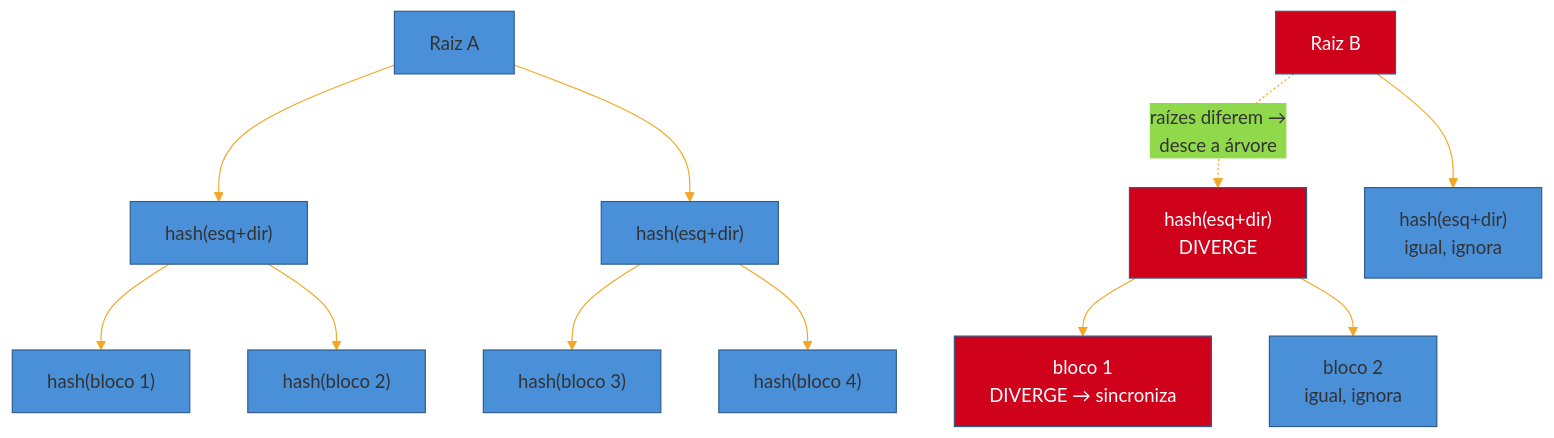
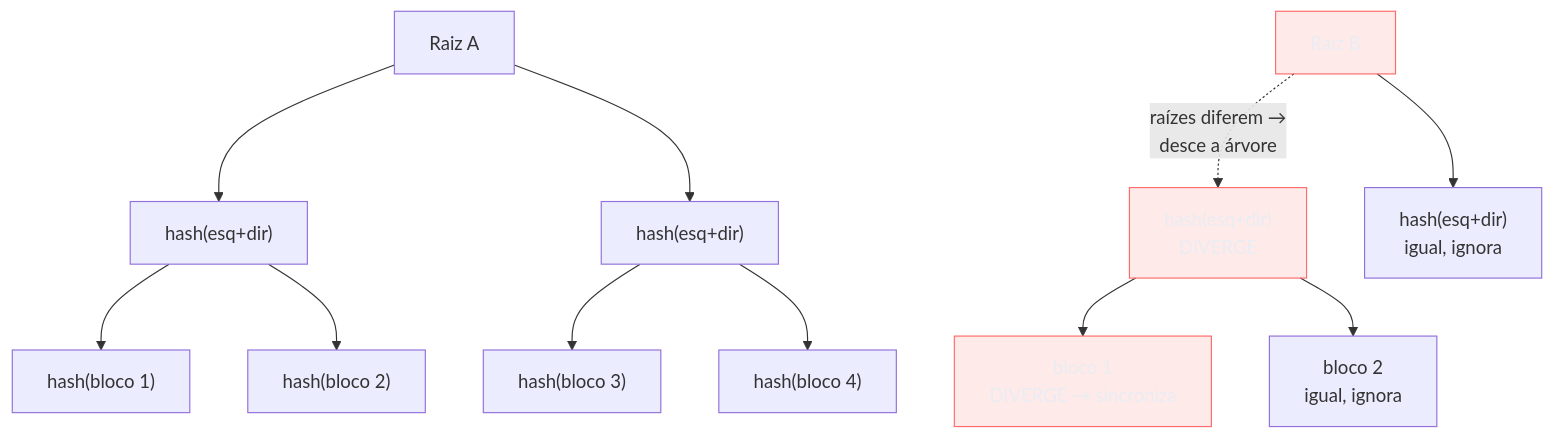
One commit to josenaldo/codex-technomanticus changed the seventh of 7 diagrams in 03-Dominios/Engenharia/Arquitetura/System Design/4 - Walkthroughs/08 - Distributed Key-Value Store.md. Above: the diagram before and after it, drawn with Mermaid. The commit also changed other lines of this file and 1181 other files, not shown here.

First line of the commit message:
fix(diagramas): paleta do sistema no lugar de cor cravada no markdown

````diff
--- a/03-Dominios/Engenharia/Arquitetura/System Design/4 - Walkthroughs/08 - Distributed Key-Value Store.md
+++ b/03-Dominios/Engenharia/Arquitetura/System Design/4 - Walkthroughs/08 - Distributed Key-Value Store.md
@@ -281,19 +281,19 @@
 ```mermaid
-%%{init: {"theme": "base", "themeVariables": {"primaryColor": "#4A90D9", "primaryBorderColor": "#2E5C8A", "lineColor": "#F5A623"}}}%%
 graph TD
+    classDef falha fill:#FF6B6B24,stroke:#FF6B6B,color:#E9ECF2
     R1["Raiz A"] --> P1["hash(esq+dir)"]
     R1 --> P2["hash(esq+dir)"]
     P1 --> L1["hash(bloco 1)"]
     P1 --> L2["hash(bloco 2)"]
     P2 --> L3["hash(bloco 3)"]
     P2 --> L4["hash(bloco 4)"]
 
     R2["Raiz B"] -.->|"raízes diferem →<br/>desce a árvore"| P1B["hash(esq+dir)<br/>DIVERGE"]
     R2 --> P2B["hash(esq+dir)<br/>igual, ignora"]
     P1B --> L1B["bloco 1<br/>DIVERGE → sincroniza"]
     P1B --> L2B["bloco 2<br/>igual, ignora"]
 
-    style R2 fill:#D0021B,color:#fff
-    style P1B fill:#D0021B,color:#fff
-    style L1B fill:#D0021B,color:#fff
+    class R2 falha
+    class P1B falha
+    class L1B falha
 ```
````
